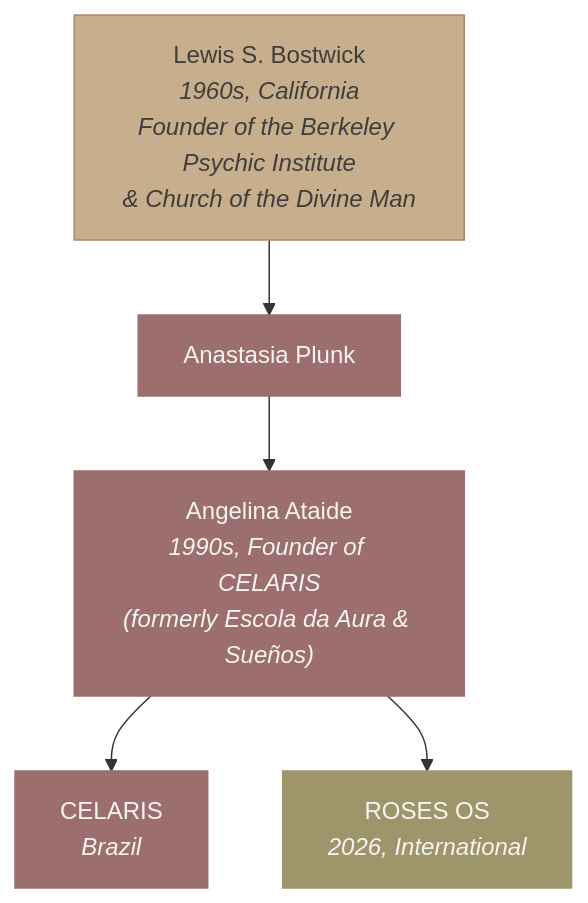
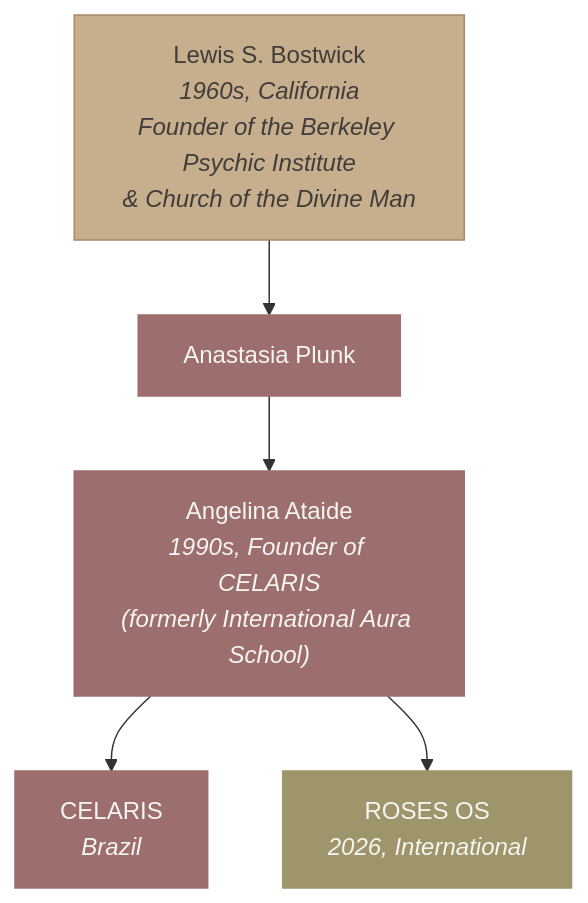
The third of 27 diagrams in docs/brand/brand-dna.md (Light-Brands/roses-os), drawn with Mermaid before and after one commit. The commit also changed 15 other files, not shown here.

First line of the commit message:
Rename school to International Aura School across codebase

````diff
--- a/docs/brand/brand-dna.md
+++ b/docs/brand/brand-dna.md
@@ -142,13 +142,13 @@
 ```mermaid
 graph TD
     LB["Lewis S. Bostwick<br/><i>1960s, California<br/>Founder of the Berkeley Psychic Institute<br/>& Church of the Divine Man</i>"] --> AP["Anastasia Plunk"]
-    AP --> AA["Angelina Ataide<br/><i>1990s, Founder of CELARIS<br/>(formerly Escola da Aura & Sueños)</i>"]
+    AP --> AA["Angelina Ataide<br/><i>1990s, Founder of CELARIS<br/>(formerly International Aura School)</i>"]
     AA --> CEL["CELARIS<br/><i>Brazil</i>"]
     AA --> ROS["ROSES OS<br/><i>2026, International</i>"]
 
     style LB fill:#C7AE8C,color:#3F3E3C,stroke:#A8896D
     style AP fill:#9C6F6E,color:#F7F5F2,stroke:#9C6F6E
     style AA fill:#9C6F6E,color:#F7F5F2,stroke:#9C6F6E
     style CEL fill:#9C6F6E,color:#F7F5F2,stroke:#9C6F6E
     style ROS fill:#9E956B,color:#F7F5F2,stroke:#9E956B
 ```
````
